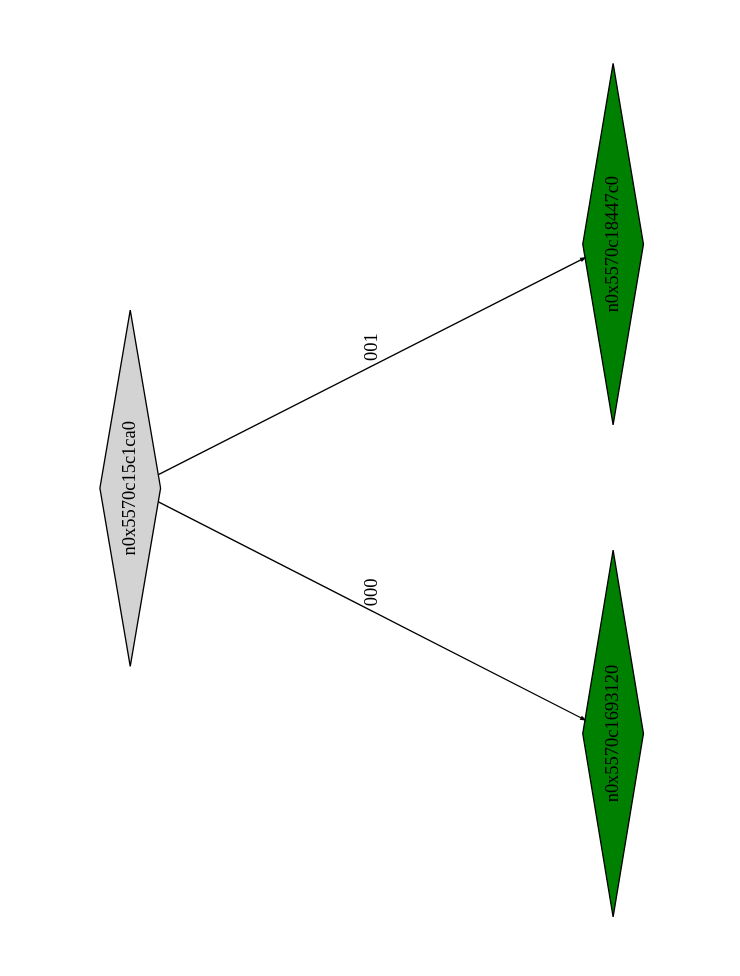
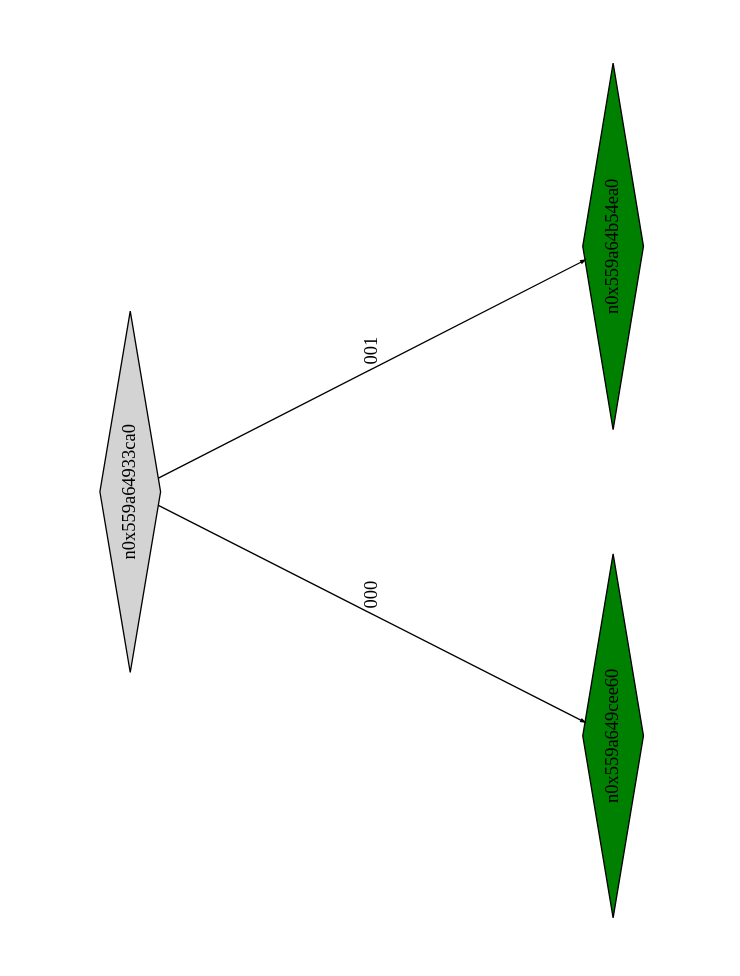
One commit to Research-Tools-PAVT/PSE-Program-Examples changed the diagram in montyhall_klee_out/ptree_00001023.dot. Above: the diagram before and after it, drawn with Graphviz. The commit also changed 42 other files, not shown here.

```diff
--- a/montyhall_klee_out/ptree_00001023.dot
+++ b/montyhall_klee_out/ptree_00001023.dot
@@ -1,13 +1,13 @@
 digraph G {
 	size="10,7.5";
 	ratio=fill;
 	rotate=90;
 	center = "true";
 	node [style="filled",width=.1,height=.1,fontname="Terminus"]
 	edge [arrowsize=.3]
-	n0x5570c15c1ca0 [shape=diamond];
-	n0x5570c15c1ca0 -> n0x5570c1693120 [label=000];
-	n0x5570c15c1ca0 -> n0x5570c18447c0 [label=001];
-	n0x5570c18447c0 [shape=diamond,fillcolor=green];
-	n0x5570c1693120 [shape=diamond,fillcolor=green];
+	n0x559a64933ca0 [shape=diamond];
+	n0x559a64933ca0 -> n0x559a649cee60 [label=000];
+	n0x559a64933ca0 -> n0x559a64b54ea0 [label=001];
+	n0x559a64b54ea0 [shape=diamond,fillcolor=green];
+	n0x559a649cee60 [shape=diamond,fillcolor=green];
 }
```
